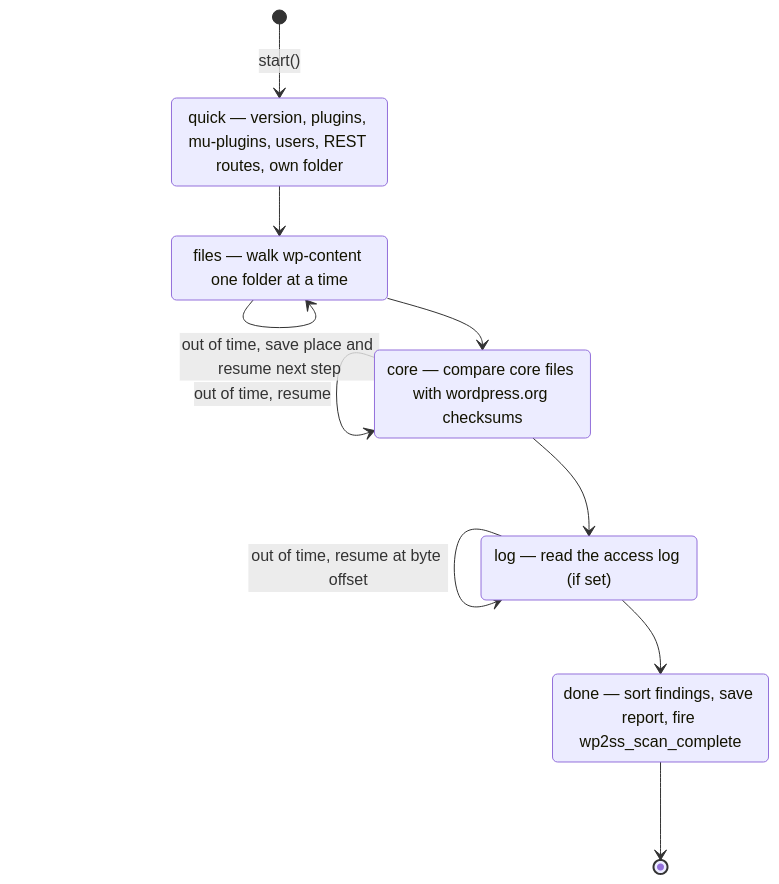
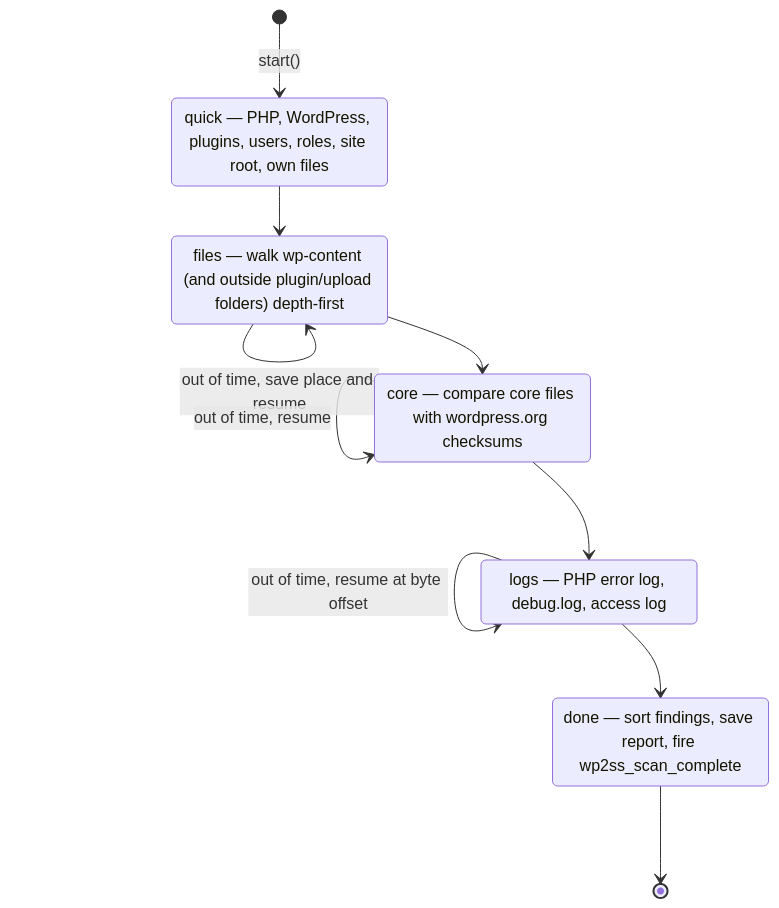
Diagram 12 of 14 in README.md (CptNope/JAT-Shell-Scanner), drawn with Mermaid before and after one commit. The commit also changed other lines of this file and 20 other files, not shown here.

````diff
--- a/README.md
+++ b/README.md
@@ -553,17 +683,17 @@
 ```mermaid
 stateDiagram-v2
     [*] --> quick : start()
-    quick : quick — version, plugins, mu-plugins, users, REST routes, own folder
-    files : files — walk wp-content one folder at a time
+    quick : quick — PHP, WordPress, plugins, users, roles, site root, own files
+    files : files — walk wp-content (and outside plugin/upload folders) depth-first
     core : core — compare core files with wordpress.org checksums
-    log : log — read the access log (if set)
+    logs : logs — PHP error log, debug.log, access log
     quick --> files
-    files --> files : out of time, save place and resume next step
+    files --> files : out of time, save place and resume
     files --> core
     core --> core : out of time, resume
-    core --> log
-    log --> log : out of time, resume at byte offset
-    log --> done
+    core --> logs
+    logs --> logs : out of time, resume at byte offset
+    logs --> done
     done : done — sort findings, save report, fire wp2ss_scan_complete
     done --> [*]
 ```
````
